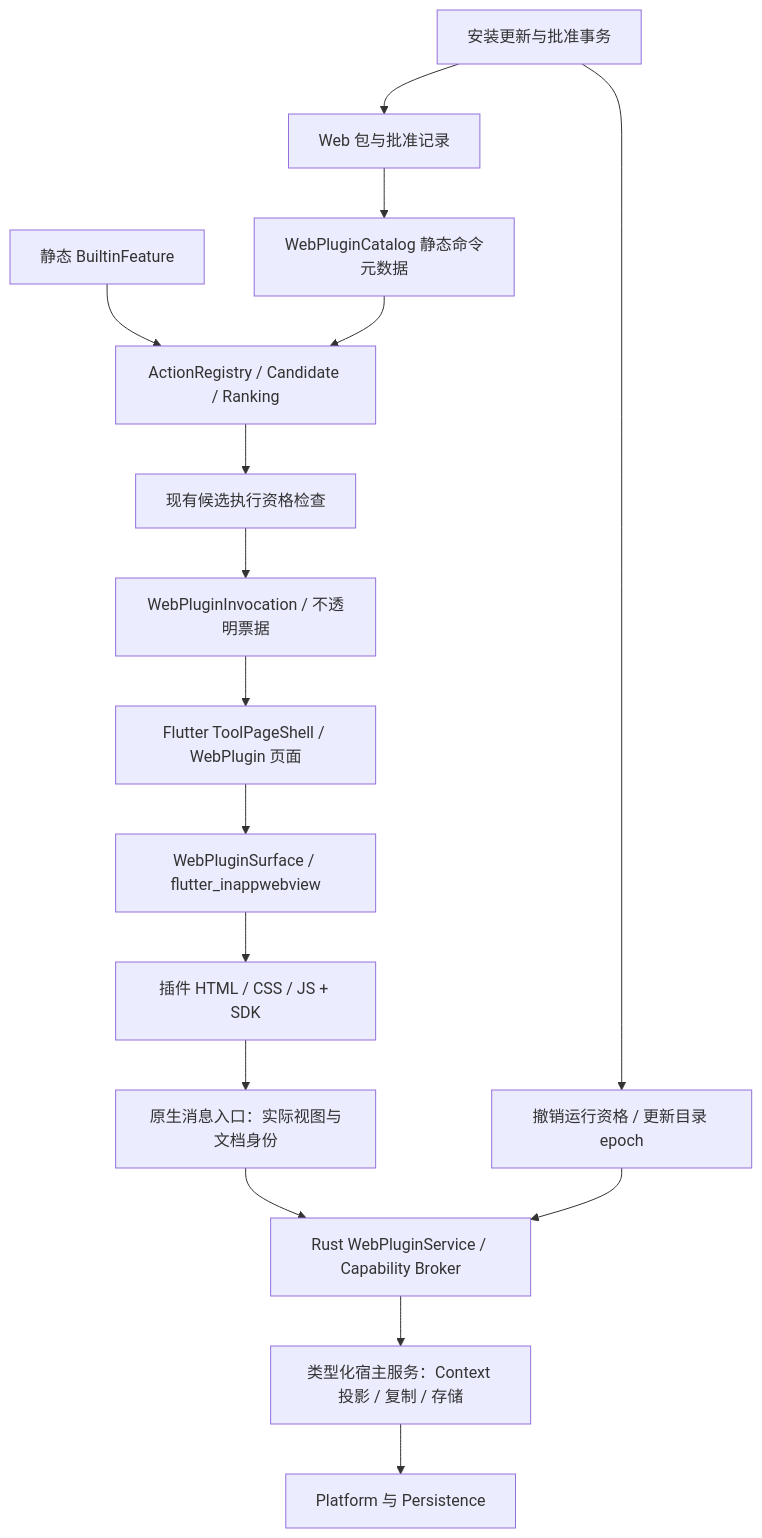
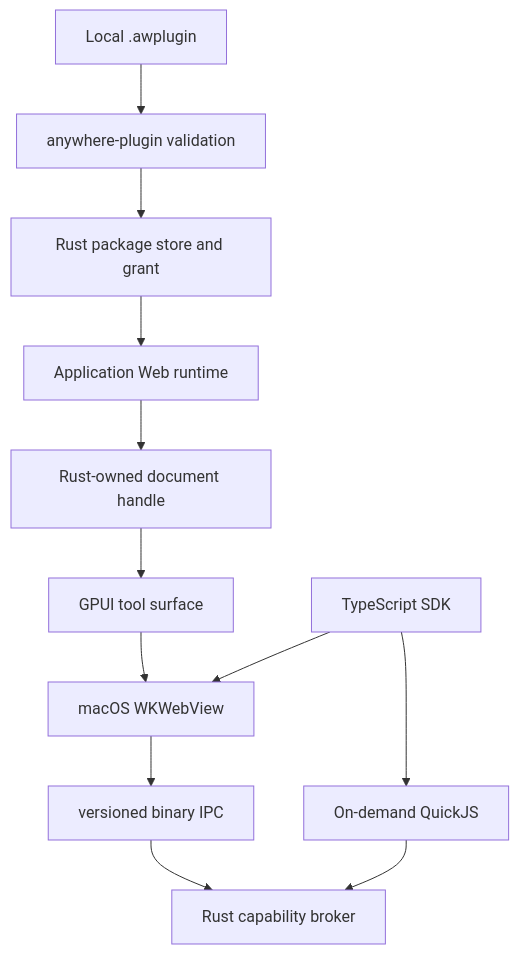
The diagram in docs/web-plugin-design.md (FantasyDream/Anywhere), drawn with Mermaid before and after one commit. The commit also changed other lines of this file and 467 other files, not shown here.

Commit message:
refactor: migrate Anywhere from Flutter to GPUI

````diff
--- a/docs/web-plugin-design.md
+++ b/docs/web-plugin-design.md
@@ -72,18 +20,14 @@
 ```mermaid
 flowchart TD
-    B[静态 BuiltinFeature] --> R[ActionRegistry / Candidate / Ranking]
-    P[Web 包与批准记录] --> C[WebPluginCatalog 静态命令元数据]
-    C --> R
-    R --> E[现有候选执行资格检查]
-    E --> I[WebPluginInvocation / 不透明票据]
-    I --> F[Flutter ToolPageShell / WebPlugin 页面]
-    F --> W[WebPluginSurface / flutter_inappwebview]
-    W --> J[插件 HTML / CSS / JS + SDK]
-    J --> N[原生消息入口：实际视图与文档身份]
-    N --> K[Rust WebPluginService / Capability Broker]
-    K --> S[类型化宿主服务：Context 投影 / 复制 / 存储]
-    S --> O[Platform 与 Persistence]
-    M[安装更新与批准事务] --> P
-    M --> X[撤销运行资格 / 更新目录 epoch]
-    X --> K
+  Package[Local .awplugin] --> Validate[anywhere-plugin validation]
+  Validate --> Store[Rust package store and grant]
+  Store --> Runtime[Application Web runtime]
+  Runtime --> Handle[Rust-owned document handle]
+  Handle --> GPUI[GPUI tool surface]
+  GPUI --> WebView[macOS WKWebView]
+  WebView --> IPC[versioned binary IPC]
+  IPC --> Broker[Rust capability broker]
+  Background[On-demand QuickJS] --> Broker
+  SDK[TypeScript SDK] --> WebView
+  SDK --> Background
 ```
````
